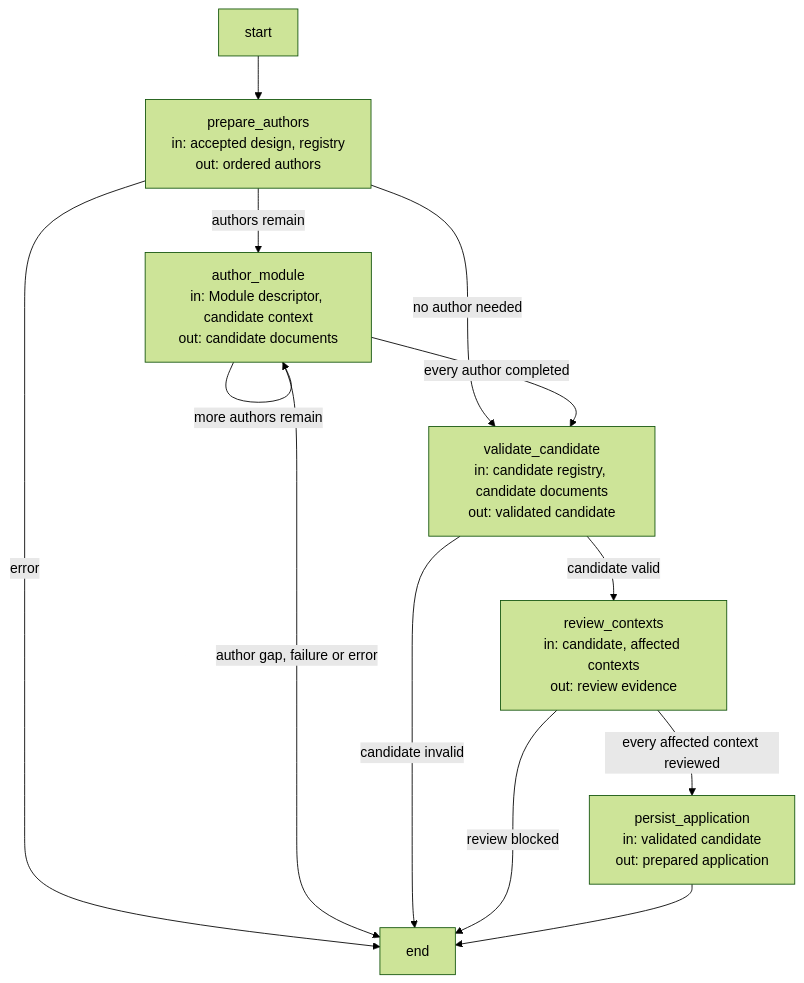
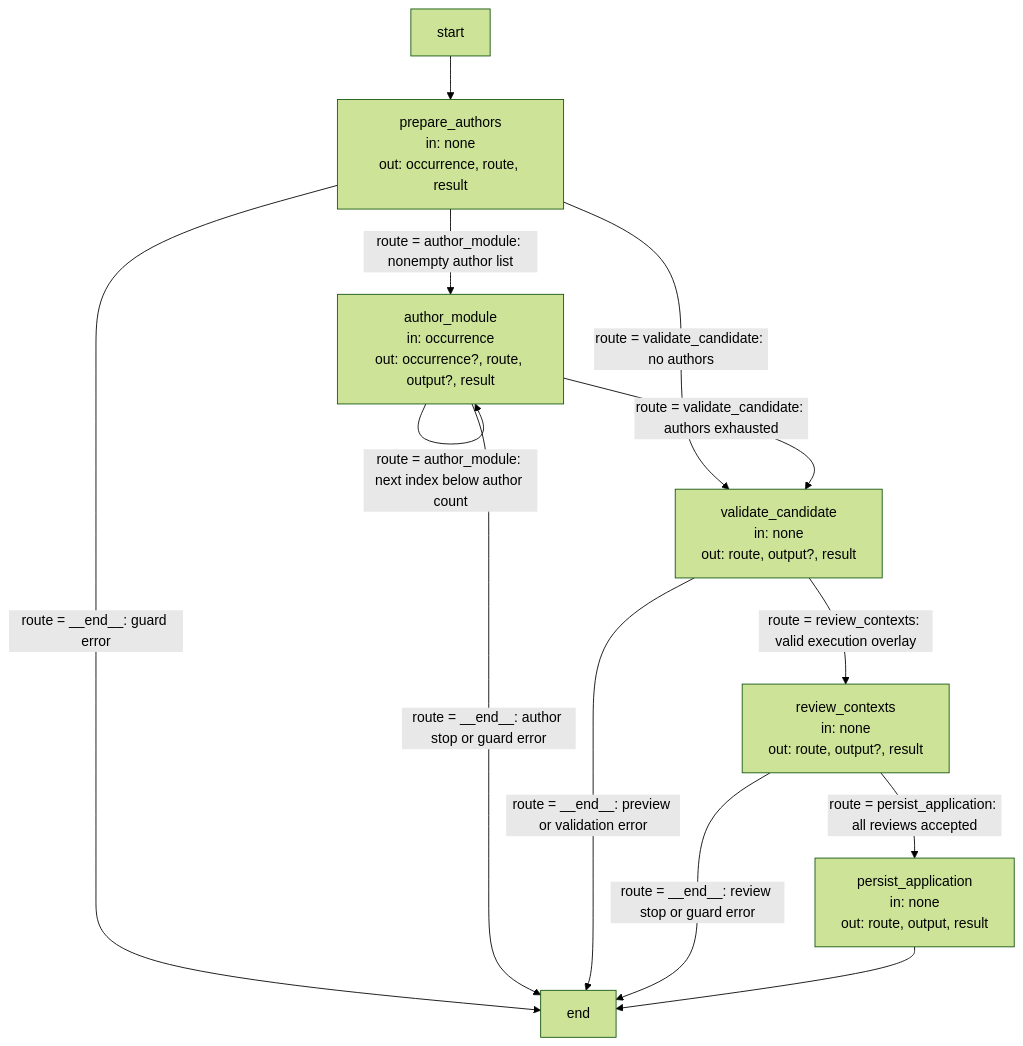
One commit to FTOD/concorde changed the first of 2 diagrams in specs/concorde/topology/execution-reference.md. Above: the diagram before and after it, drawn with Mermaid (forest theme). The commit also changed other lines of this file and 10 other files, not shown here.

Commit message:
docs: clarify LangGraph state and routing in operation diagrams

````diff
--- a/specs/concorde/topology/execution-reference.md
+++ b/specs/concorde/topology/execution-reference.md
@@ -60,25 +70,25 @@
 ```mermaid
 flowchart TB
     %% graph: topology_graph
     accTitle: Topology preparation Graph
     accDescr: Authors are ordered and run one at a time; the complete candidate is validated and every affected context reviewed before the application is persisted; a gap, invalid candidate or review blocker ends the Graph.
     __start__["start"]
-    prepare_authors["prepare_authors<br/>in: accepted design, registry<br/>out: ordered authors"]
-    author_module["author_module<br/>in: Module descriptor, candidate context<br/>out: candidate documents"]
-    validate_candidate["validate_candidate<br/>in: candidate registry, candidate documents<br/>out: validated candidate"]
-    review_contexts["review_contexts<br/>in: candidate, affected contexts<br/>out: review evidence"]
-    persist_application["persist_application<br/>in: validated candidate<br/>out: prepared application"]
+    prepare_authors["prepare_authors<br/>in: none<br/>out: occurrence, route, result"]
+    author_module["author_module<br/>in: occurrence<br/>out: occurrence?, route, output?, result"]
+    validate_candidate["validate_candidate<br/>in: none<br/>out: route, output?, result"]
+    review_contexts["review_contexts<br/>in: none<br/>out: route, output?, result"]
+    persist_application["persist_application<br/>in: none<br/>out: route, output, result"]
     __end__["end"]
     __start__ --> prepare_authors
-    prepare_authors -->|authors remain| author_module
-    prepare_authors -->|no author needed| validate_candidate
-    prepare_authors -->|error| __end__
-    author_module -->|more authors remain| author_module
-    author_module -->|every author completed| validate_candidate
-    author_module -->|author gap, failure or error| __end__
-    validate_candidate -->|candidate valid| review_contexts
-    validate_candidate -->|candidate invalid| __end__
-    review_contexts -->|every affected context reviewed| persist_application
-    review_contexts -->|review blocked| __end__
+    prepare_authors -->|route = author_module: nonempty author list| author_module
+    prepare_authors -->|route = validate_candidate: no authors| validate_candidate
+    prepare_authors -->|route = __end__: guard error| __end__
+    author_module -->|route = author_module: next index below author count| author_module
+    author_module -->|route = validate_candidate: authors exhausted| validate_candidate
+    author_module -->|route = __end__: author stop or guard error| __end__
+    validate_candidate -->|route = review_contexts: valid execution overlay| review_contexts
+    validate_candidate -->|route = __end__: preview or validation error| __end__
+    review_contexts -->|route = persist_application: all reviews accepted| persist_application
+    review_contexts -->|route = __end__: review stop or guard error| __end__
     persist_application --> __end__
 ```
````
